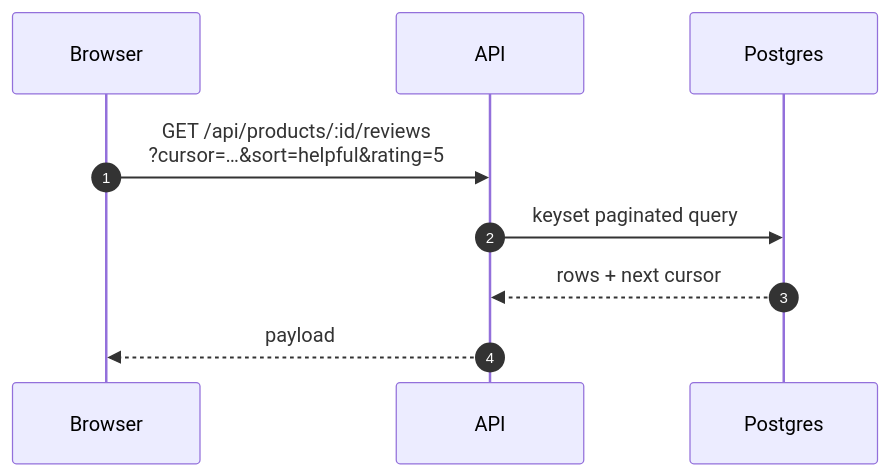
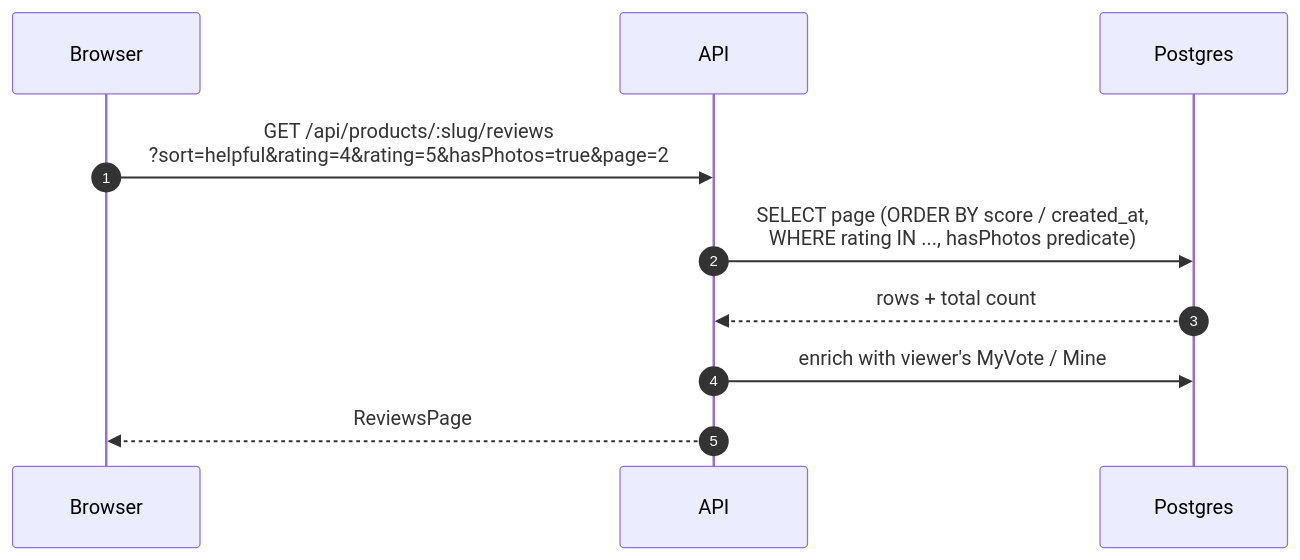
One commit to KaliCZ/reviews changed the fifth of 12 diagrams in docs/flows.md. Above: the diagram before and after it, drawn with Mermaid. The commit also changed other lines of this file and 1 other file, not shown here.

First line of the commit message:
Rewrite docs/flows.md to match current behavior; add 5 missing flows

````diff
--- a/docs/flows.md
+++ b/docs/flows.md
@@ -70,12 +157,13 @@
 ```mermaid
 sequenceDiagram
     autonumber
     participant B as Browser
     participant A as API
     participant P as Postgres
 
-    B->>A: GET /api/products/:id/reviews<br/>?cursor=…&sort=helpful&rating=5
-    A->>P: keyset paginated query
-    P-->>A: rows + next cursor
-    A-->>B: payload
+    B->>A: GET /api/products/:slug/reviews<br/>?sort=helpful&rating=4&rating=5&hasPhotos=true&page=2
+    A->>P: SELECT page (ORDER BY score / created_at,<br/>WHERE rating IN ..., hasPhotos predicate)
+    P-->>A: rows + total count
+    A->>P: enrich with viewer's MyVote / Mine
+    A-->>B: ReviewsPage
 ```
````
